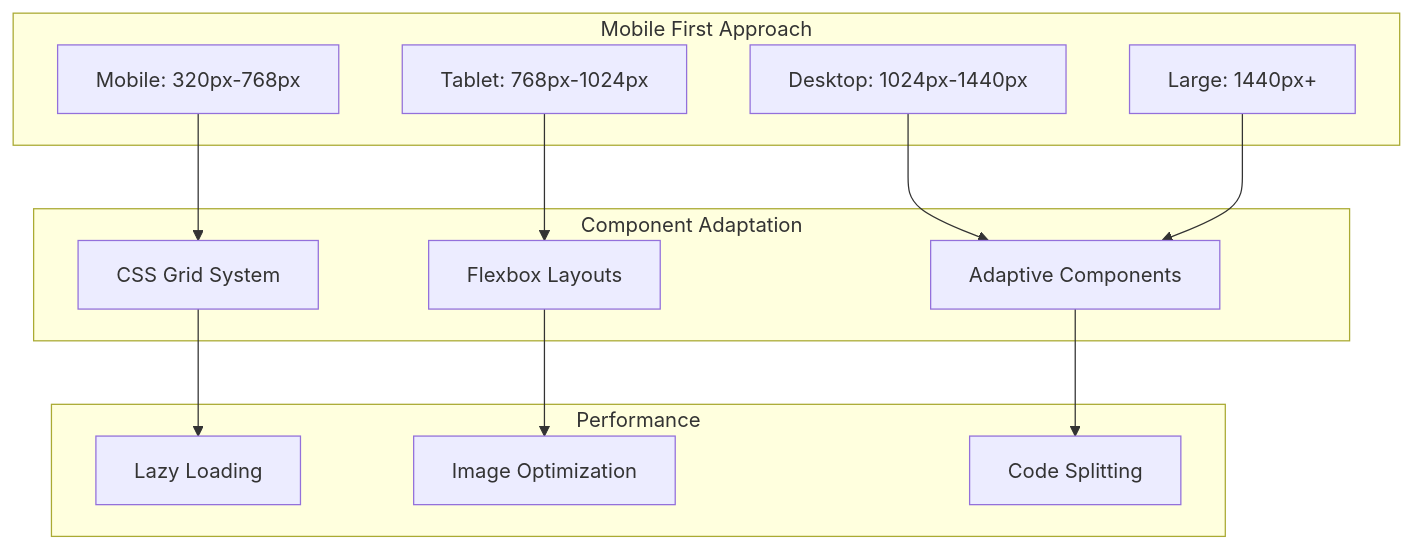
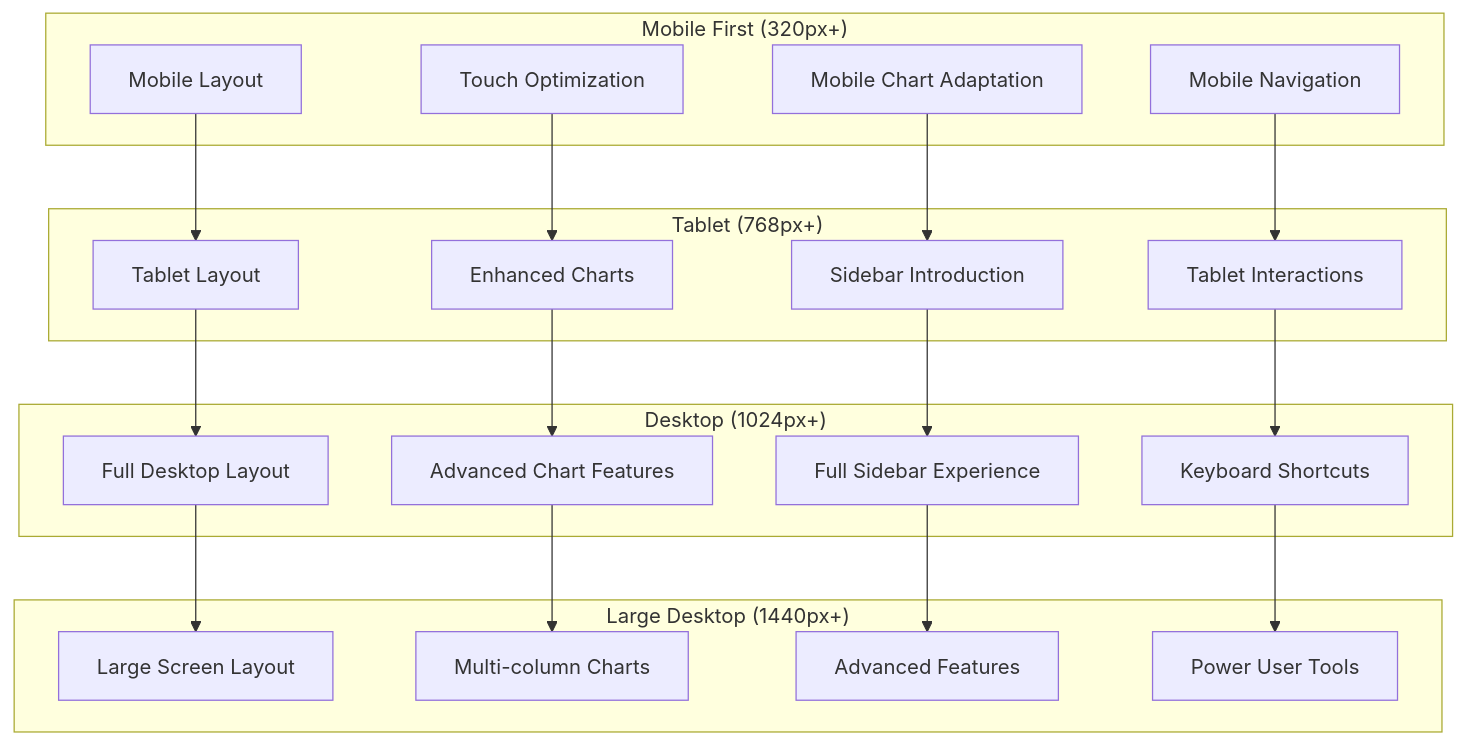
One commit to oxnr/picotop changed diagram 13 of 14 in ARCHITECTURE.md. Above: the diagram before and after it, drawn with Mermaid. The commit also changed other lines of this file and 12 other files, not shown here.

````diff
--- a/ARCHITECTURE.md
+++ b/ARCHITECTURE.md
@@ -492,30 +498,45 @@
 ```mermaid
 graph TB
-    subgraph "Mobile First Approach"
-        Mobile[Mobile: 320px-768px]
-        Tablet[Tablet: 768px-1024px]
-        Desktop[Desktop: 1024px-1440px]
-        Large[Large: 1440px+]
+    subgraph "Mobile First (320px+)"
+        MobileLayout[Mobile Layout]
+        TouchOptimization[Touch Optimization]
+        MobileCharts[Mobile Chart Adaptation]
+        MobileNavigation[Mobile Navigation]
     end
     
-    subgraph "Component Adaptation"
-        GridSystem[CSS Grid System]
-        FlexLayout[Flexbox Layouts]
-        AdaptiveComponents[Adaptive Components]
+    subgraph "Tablet (768px+)"
+        TabletLayout[Tablet Layout]
+        TabletCharts[Enhanced Charts]
+        SidebarIntroduction[Sidebar Introduction]
+        TabletInteractions[Tablet Interactions]
     end
     
-    subgraph "Performance"
-        LazyLoading[Lazy Loading]
-        ImageOptimization[Image Optimization]
-        CodeSplitting[Code Splitting]
+    subgraph "Desktop (1024px+)"
+        DesktopLayout[Full Desktop Layout]
+        AdvancedCharts[Advanced Chart Features]
+        FullSidebar[Full Sidebar Experience]
+        KeyboardShortcuts[Keyboard Shortcuts]
     end
     
-    Mobile --> GridSystem
-    Tablet --> FlexLayout
-    Desktop --> AdaptiveComponents
-    Large --> AdaptiveComponents
+    subgraph "Large Desktop (1440px+)"
+        LargeLayout[Large Screen Layout]
+        MultiColumnCharts[Multi-column Charts]
+        AdvancedFeatures[Advanced Features]
+        PowerUserTools[Power User Tools]
+    end
     
-    GridSystem --> LazyLoading
-    FlexLayout --> ImageOptimization
-    AdaptiveComponents --> CodeSplitting
+    MobileLayout --> TabletLayout
+    TouchOptimization --> TabletCharts
+    MobileCharts --> SidebarIntroduction
+    MobileNavigation --> TabletInteractions
+    
+    TabletLayout --> DesktopLayout
+    TabletCharts --> AdvancedCharts
+    SidebarIntroduction --> FullSidebar
+    TabletInteractions --> KeyboardShortcuts
+    
+    DesktopLayout --> LargeLayout
+    AdvancedCharts --> MultiColumnCharts
+    FullSidebar --> AdvancedFeatures
+    KeyboardShortcuts --> PowerUserTools
 ```
````
